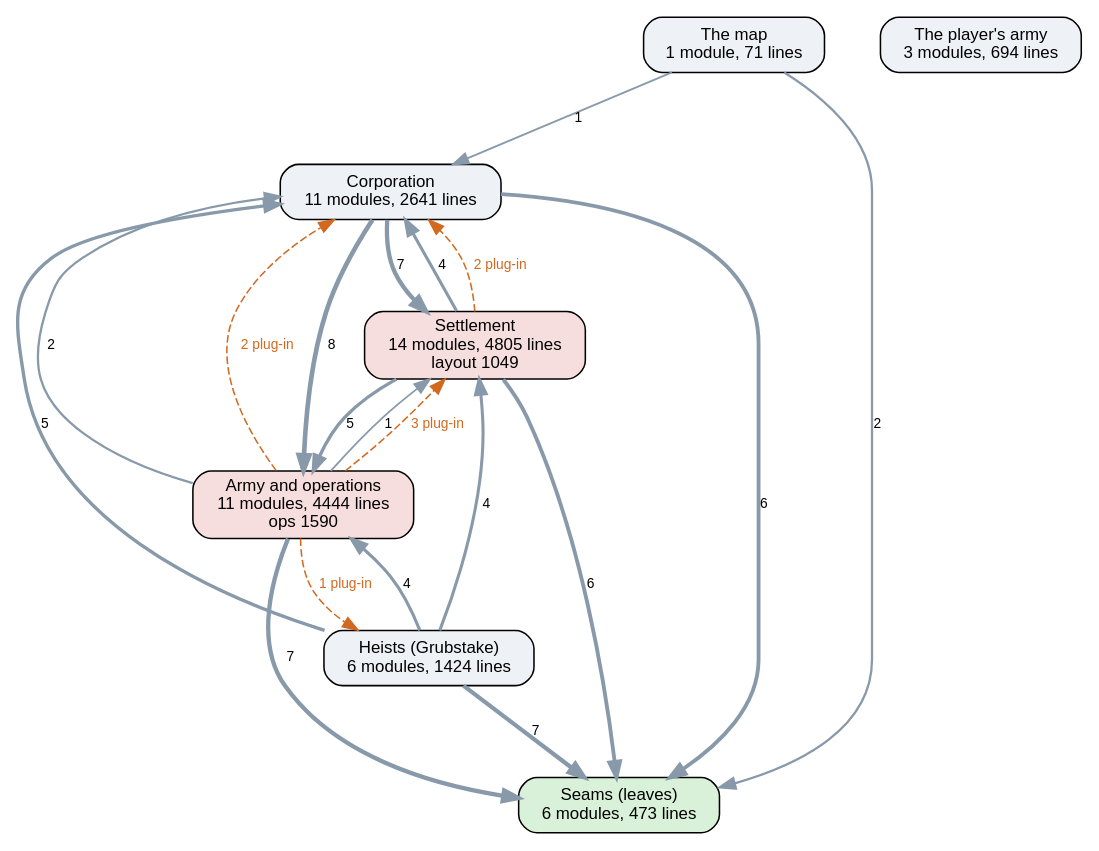
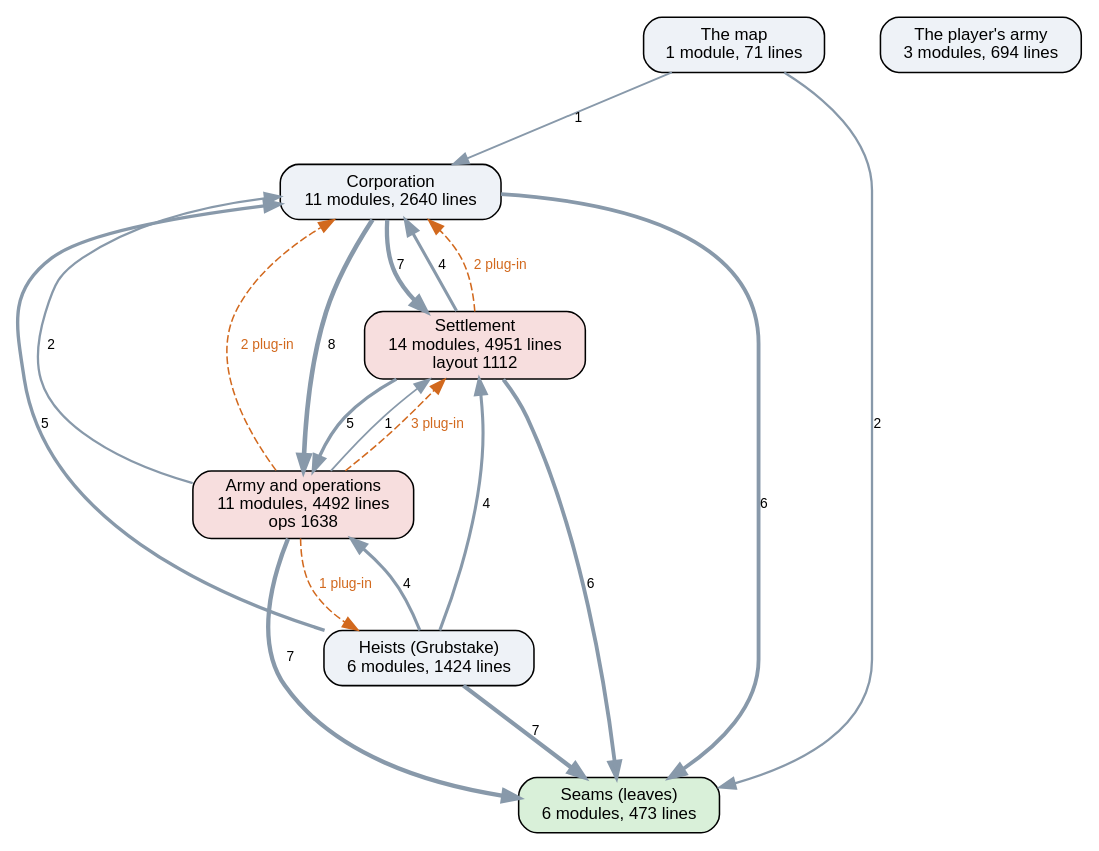
The diagram in docs/ai-layers.dot (kinelhu/landing-party), drawn with Graphviz before and after one commit. The commit also changed 27 other files, not shown here.

```diff
--- a/docs/ai-layers.dot
+++ b/docs/ai-layers.dot
@@ -1,31 +1,31 @@
 digraph layers {
   graph [rankdir=TB, fontname="Helvetica", nodesep=0.5, ranksep=0.7];
   node [shape=box, style="rounded,filled", fontname="Helvetica", fontsize=11, fillcolor="#eef2f7"];
   edge [color="#8899aa", fontname="Helvetica", fontsize=9];
   "Seams (leaves)" [label="Seams (leaves)\n6 modules, 473 lines", fillcolor="#d9f0d9"];
-  "Corporation" [label="Corporation\n11 modules, 2641 lines", fillcolor="#eef2f7"];
-  "Settlement" [label="Settlement\n14 modules, 4805 lines\nlayout 1049", fillcolor="#f7dede"];
-  "Army and operations" [label="Army and operations\n11 modules, 4444 lines\nops 1590", fillcolor="#f7dede"];
+  "Corporation" [label="Corporation\n11 modules, 2640 lines", fillcolor="#eef2f7"];
+  "Settlement" [label="Settlement\n14 modules, 4951 lines\nlayout 1112", fillcolor="#f7dede"];
+  "Army and operations" [label="Army and operations\n11 modules, 4492 lines\nops 1638", fillcolor="#f7dede"];
   "Heists (Grubstake)" [label="Heists (Grubstake)\n6 modules, 1424 lines", fillcolor="#eef2f7"];
   "The map" [label="The map\n1 module, 71 lines", fillcolor="#eef2f7"];
   "The player's army" [label="The player's army\n3 modules, 694 lines", fillcolor="#eef2f7"];
   "Army and operations" -> "Corporation" [label="2", penwidth=1.5];
   "Army and operations" -> "Seams (leaves)" [label="7", penwidth=2.8];
   "Army and operations" -> "Settlement" [label="1", penwidth=1.2];
   "Corporation" -> "Army and operations" [label="8", penwidth=3.0];
   "Corporation" -> "Seams (leaves)" [label="6", penwidth=2.5];
   "Corporation" -> "Settlement" [label="7", penwidth=2.8];
   "Heists (Grubstake)" -> "Army and operations" [label="4", penwidth=2.0];
   "Heists (Grubstake)" -> "Corporation" [label="5", penwidth=2.2];
   "Heists (Grubstake)" -> "Seams (leaves)" [label="7", penwidth=2.8];
   "Heists (Grubstake)" -> "Settlement" [label="4", penwidth=2.0];
   "Settlement" -> "Army and operations" [label="5", penwidth=2.2];
   "Settlement" -> "Corporation" [label="4", penwidth=2.0];
   "Settlement" -> "Seams (leaves)" [label="6", penwidth=2.5];
   "The map" -> "Corporation" [label="1", penwidth=1.2];
   "The map" -> "Seams (leaves)" [label="2", penwidth=1.5];
   "Army and operations" -> "Corporation" [style=dashed, color="#d2691e", fontcolor="#d2691e", label="2 plug-in"];
   "Army and operations" -> "Heists (Grubstake)" [style=dashed, color="#d2691e", fontcolor="#d2691e", label="1 plug-in"];
   "Army and operations" -> "Settlement" [style=dashed, color="#d2691e", fontcolor="#d2691e", label="3 plug-in"];
   "Settlement" -> "Corporation" [style=dashed, color="#d2691e", fontcolor="#d2691e", label="2 plug-in"];
 }
```
